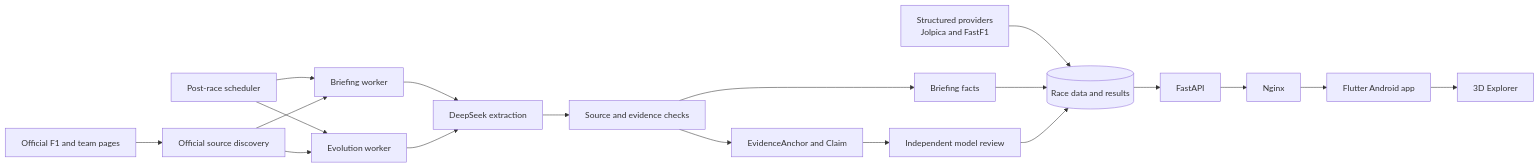
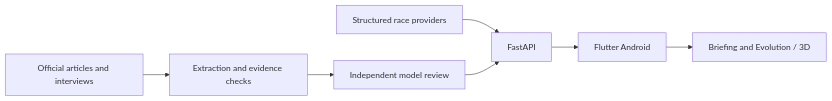
One commit to hfdsdfgr/f1-grand-prix-reminder-codex changed the diagram in README.md. Above: the diagram before and after it, drawn with Mermaid. The commit also changed other lines of this file and 47 other files, not shown here.

````diff
--- a/README.md
+++ b/README.md
@@ -44,21 +46,9 @@
 ```mermaid
 flowchart LR
-    SP[Structured providers<br/>Jolpica and FastF1] --> DB[(Race data and results)]
-    OS[Official F1 and team pages] --> SD[Official source discovery]
-    SCH[Post-race scheduler] --> BW[Briefing worker]
-    SCH --> EW[Evolution worker]
-    SD --> BW
-    SD --> EW
-    BW --> DS[DeepSeek extraction]
-    EW --> DS
-    DS --> VAL[Source and evidence checks]
-    VAL --> BF[Briefing facts]
-    VAL --> CL[EvidenceAnchor and Claim]
-    CL --> MR[Independent model review]
-    BF --> DB
-    MR --> DB
-    DB --> API[FastAPI]
-    API --> NX[Nginx]
-    NX --> APP[Flutter Android app]
-    APP --> VIEW[3D Explorer]
+    P[Structured race providers] --> API[FastAPI]
+    S[Official articles and interviews] --> E[Extraction and evidence checks]
+    E --> R[Independent model review]
+    R --> API
+    API --> APP[Flutter Android]
+    APP --> V[Briefing and Evolution / 3D]
 ```
````
